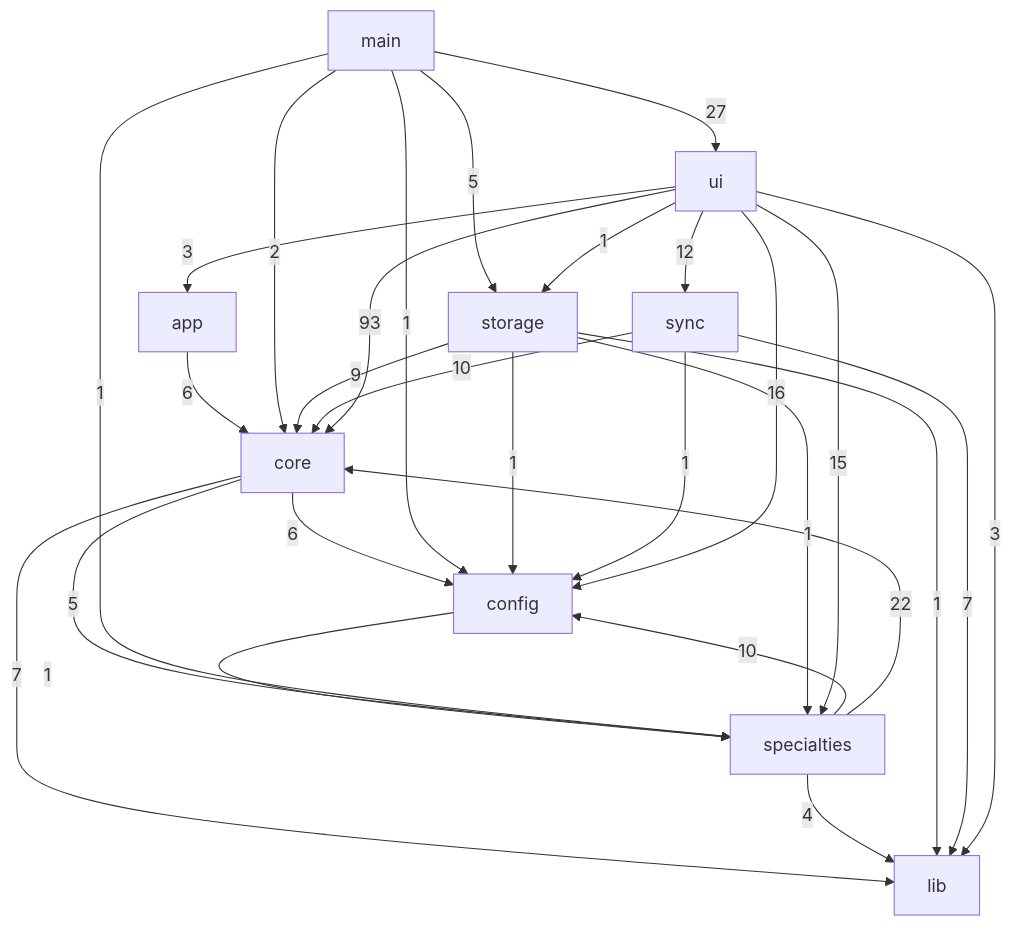
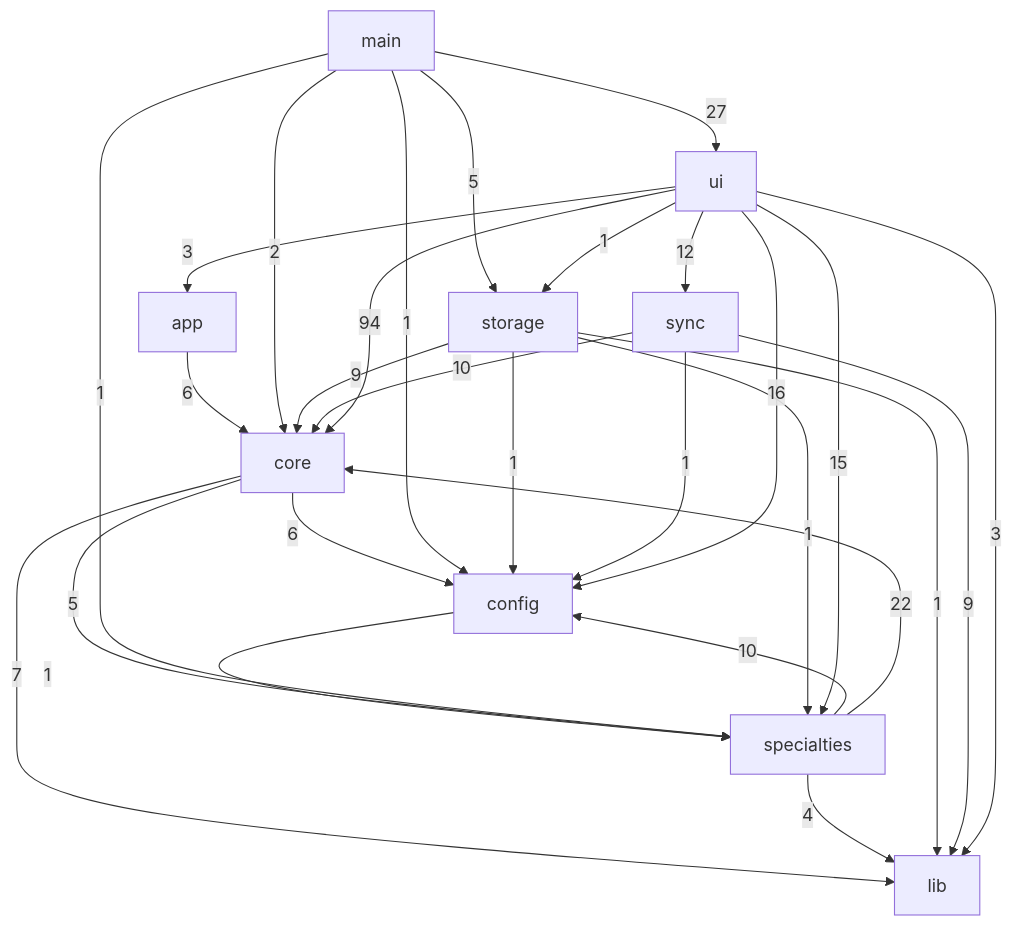
Before and after one commit to DanielOpazoD/rondahhroftalmologia: the diagram in docs/DEPENDENCIAS.md, drawn with Mermaid. The commit also changed other lines of this file and 24 other files, not shown here.

````diff
--- a/docs/DEPENDENCIAS.md
+++ b/docs/DEPENDENCIAS.md
@@ -27,30 +27,30 @@
 ```mermaid
 flowchart TD
   app -->|6| core
   config -->|1| specialties
   core -->|6| config
   core -->|7| lib
   core -->|5| specialties
   main -->|1| config
   main -->|2| core
   main -->|1| specialties
   main -->|5| storage
   main -->|27| ui
   specialties -->|10| config
   specialties -->|22| core
   specialties -->|4| lib
   storage -->|1| config
   storage -->|9| core
   storage -->|1| lib
   storage -->|1| specialties
   sync -->|1| config
   sync -->|10| core
-  sync -->|7| lib
+  sync -->|9| lib
   ui -->|3| app
   ui -->|16| config
-  ui -->|93| core
+  ui -->|94| core
   ui -->|3| lib
   ui -->|15| specialties
   ui -->|1| storage
   ui -->|12| sync
 ```
````
